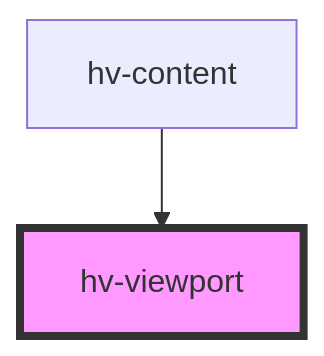
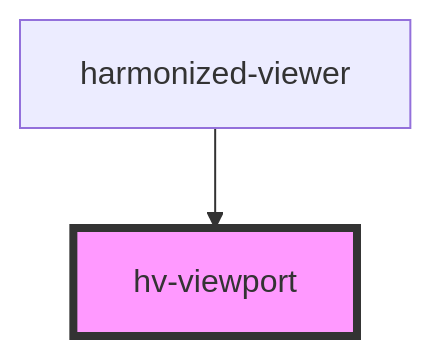
One commit to bac-lac/lac-harmonized-viewer changed the diagram in src/components/viewport-component/readme.md. Above: the diagram before and after it, drawn with Mermaid. The commit also changed other lines of this file and 9 other files, not shown here.

````diff
--- a/src/components/viewport-component/readme.md
+++ b/src/components/viewport-component/readme.md
@@ -31,5 +34,5 @@
 ```mermaid
 graph TD;
-  hv-content --> hv-viewport
+  harmonized-viewer --> hv-viewport
   style hv-viewport fill:#f9f,stroke:#333,stroke-width:4px
 ```
````
